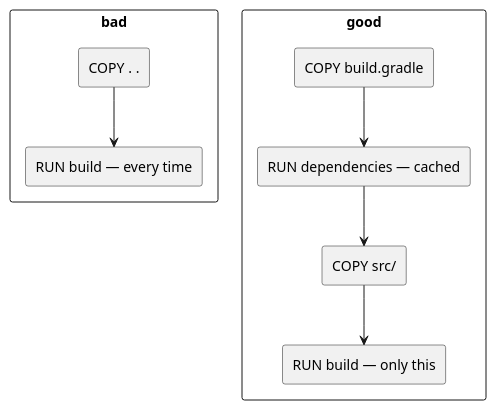
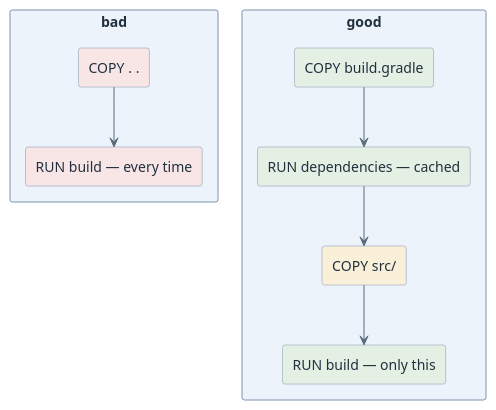
Before and after one commit to htl-leonding-college/curriculum-syp3: the diagram in modules/docker-images/questions.adoc, drawn with PlantUML. The commit also changed 65 other files, not shown here.

First line of the commit message:
feat(site): give the diagrams a semantic pastel palette

```diff
--- a/modules/docker-images/questions.adoc
+++ b/modules/docker-images/questions.adoc
@@ -58,21 +58,24 @@
 [plantuml,q-layer-cache,svg]
 ----
 @startuml
-skinparam monochrome true
+<style>
+element { BackgroundColor #EDF3FA; LineColor #7C93AD; FontColor #21303F }
+arrow { LineColor #5A6B7D; FontColor #21303F }
+</style>
 skinparam shadowing false
 rectangle "bad" {
-  rectangle "COPY . ." as B2
-  rectangle "RUN build — every time" as B3
+  rectangle "COPY . ." as B2 #F8E5E5
+  rectangle "RUN build — every time" as B3 #F8E5E5
   B2 -down-> B3
 }
 rectangle "good" {
-  rectangle "COPY build.gradle" as G2
-  rectangle "RUN dependencies — cached" as G3
-  rectangle "COPY src/" as G4
-  rectangle "RUN build — only this" as G5
+  rectangle "COPY build.gradle" as G2 #E4F0E4
+  rectangle "RUN dependencies — cached" as G3 #E4F0E4
+  rectangle "COPY src/" as G4 #FAF0D9
+  rectangle "RUN build — only this" as G5 #E4F0E4
   G2 -down-> G3
   G3 -down-> G4
   G4 -down-> G5
 }
 @enduml
 ----
```
